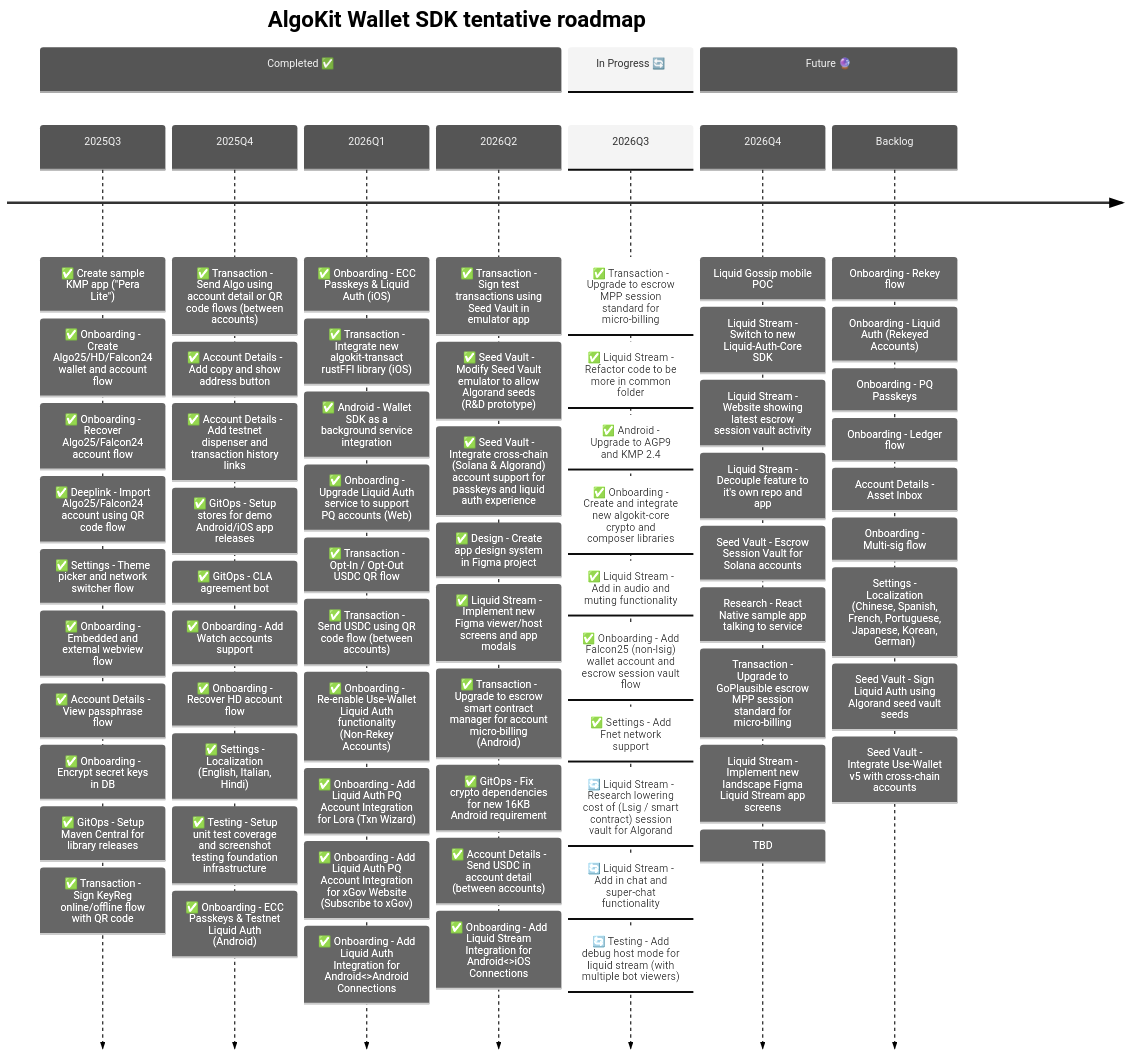
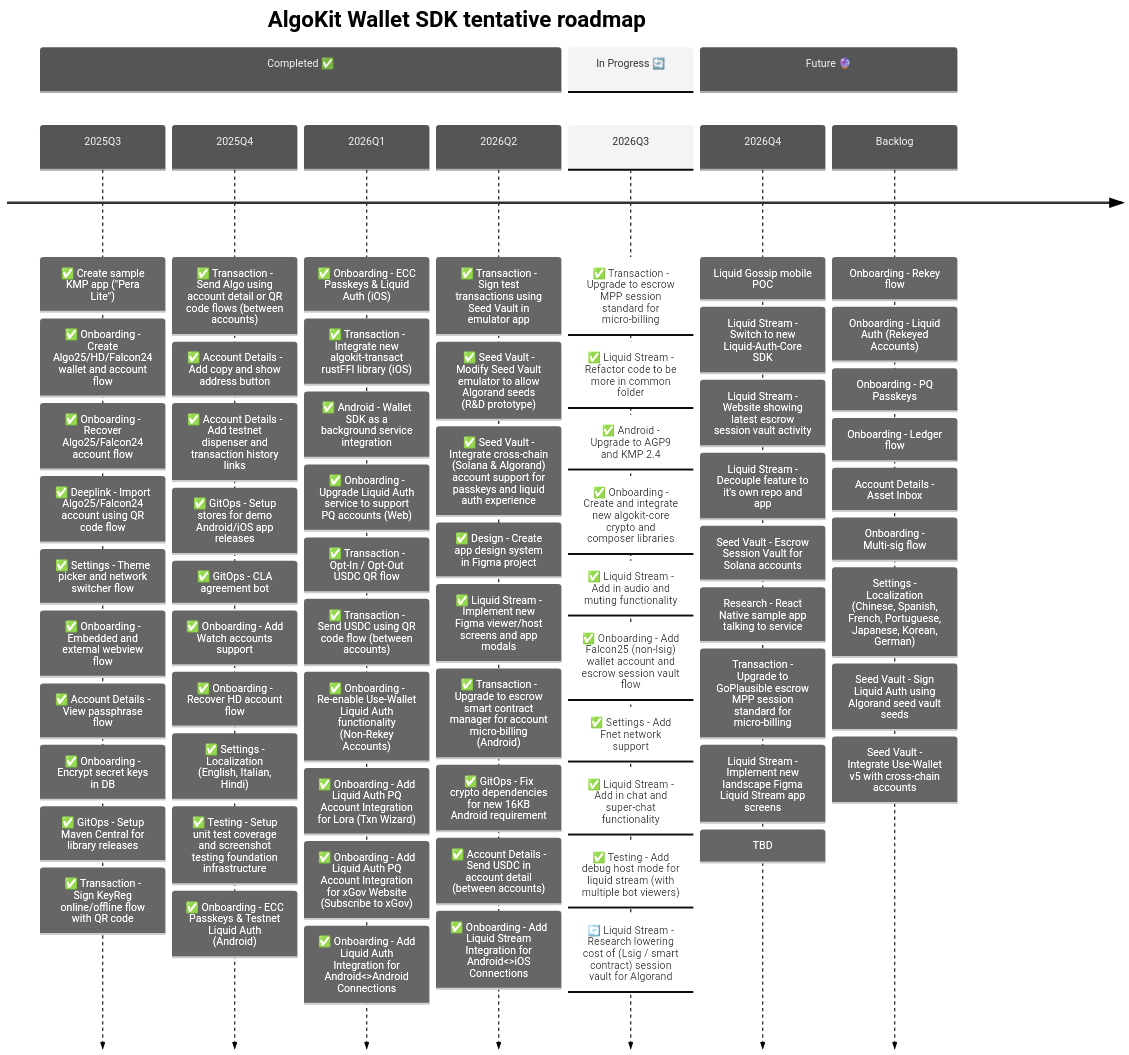
One commit to michaeltchuangllc/algokit-walletsdk-kmp changed the second of 3 diagrams in README.md. Above: the diagram before and after it, drawn with Mermaid. The commit also changed 18 other files, not shown here.

```diff
--- a/README.md
+++ b/README.md
@@ -126,9 +126,9 @@
              : ✅ Liquid Stream - Add in audio and muting functionality
              : ✅ Onboarding - Add Falcon25 (non-lsig) wallet account and escrow session vault flow
              : ✅ Settings - Add Fnet network support
-             : 🔄 Liquid Stream - Research lowering cost of (Lsig / smart contract) session vault for Algorand
-             : 🔄 Liquid Stream - Add in chat and super-chat functionality
-             : 🔄 Testing - Add debug host mode for liquid stream (with multiple bot viewers)
+             : ✅ Liquid Stream - Add in chat and super-chat functionality
+             : ✅ Testing - Add debug host mode for liquid stream (with multiple bot viewers)
+             : 🔄 Liquid Stream - Research lowering cost of (Lsig / smart contract) session vault for Algorand          
              
     section Future 🔮
     2026Q4   
```
